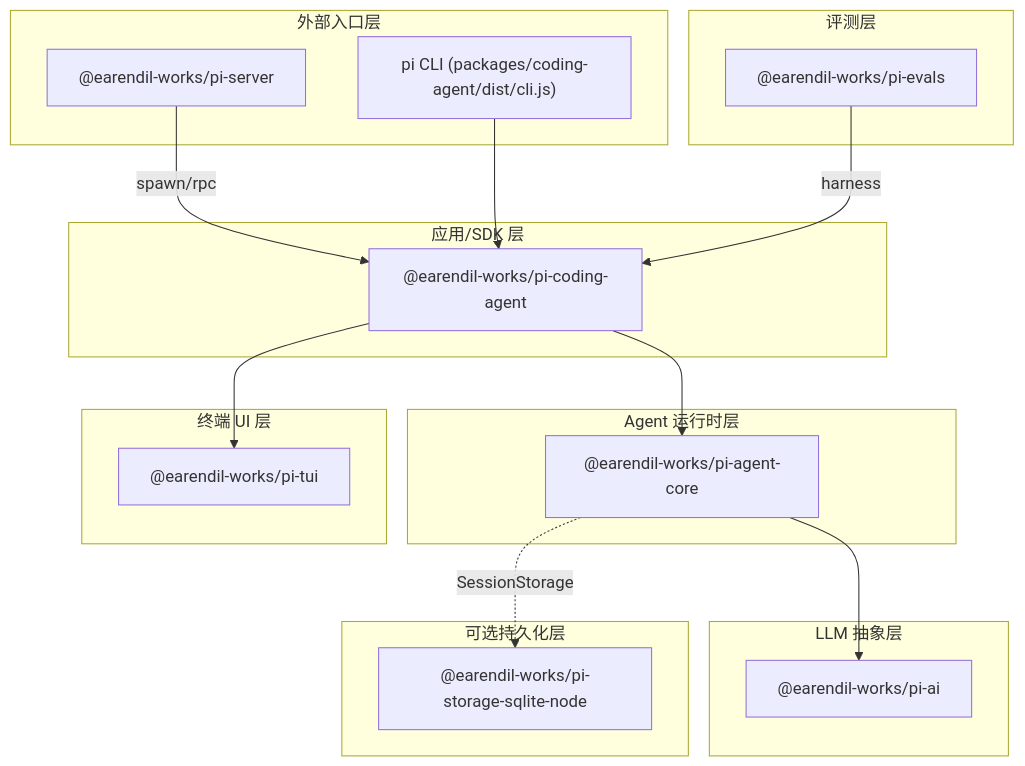
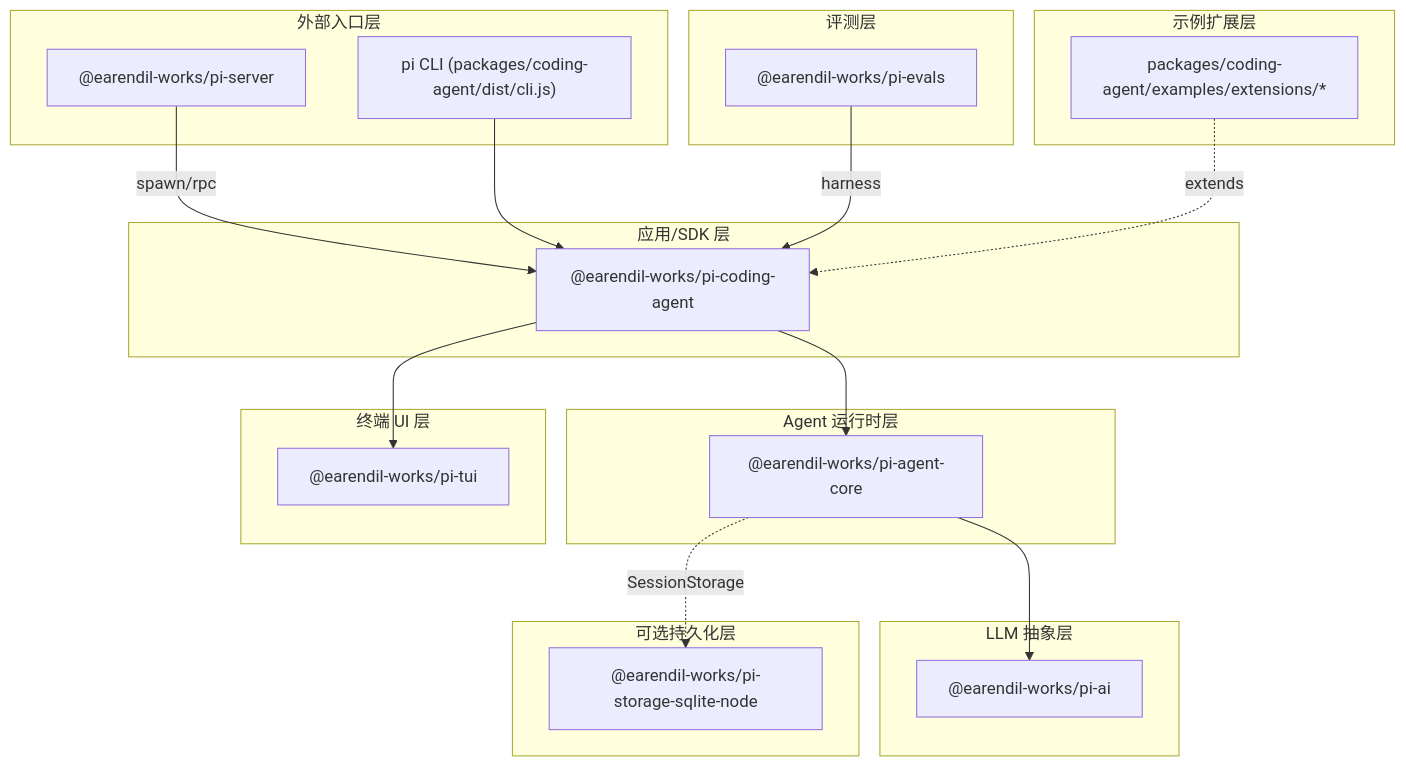
The second of 7 diagrams in docs/architecture.md (jefby/pi), drawn with Mermaid before and after one commit. The commit also changed other lines of this file, not shown here.

Commit message:
docs: update architecture.md to reflect current codebase

````diff
--- a/docs/architecture.md
+++ b/docs/architecture.md
@@ -76,39 +76,44 @@
 ```mermaid
 flowchart TB
     subgraph Layer7["外部入口层"]
         ServerPkg["@earendil-works/pi-server"]
         CodingAgentCli["pi CLI (packages/coding-agent/dist/cli.js)"]
     end
 
     subgraph Layer6["应用/SDK 层"]
         CodingAgent["@earendil-works/pi-coding-agent"]
     end
 
     subgraph Layer5["Agent 运行时层"]
         AgentCore["@earendil-works/pi-agent-core"]
     end
 
     subgraph Layer4["LLM 抽象层"]
         AI["@earendil-works/pi-ai"]
     end
 
     subgraph Layer3["终端 UI 层"]
         TUI["@earendil-works/pi-tui"]
     end
 
     subgraph Layer2["可选持久化层"]
         Storage["@earendil-works/pi-storage-sqlite-node"]
     end
 
     subgraph Layer1["评测层"]
         Evals["@earendil-works/pi-evals"]
     end
 
+    subgraph Layer0["示例扩展层"]
+        Examples["packages/coding-agent/examples/extensions/*"]
+    end
+
     ServerPkg -->|spawn/rpc| CodingAgent
     CodingAgentCli --> CodingAgent
     CodingAgent --> AgentCore
     CodingAgent --> TUI
     AgentCore --> AI
     AgentCore -.->|SessionStorage| Storage
     Evals -->|harness| CodingAgent
+    Examples -.->|extends| CodingAgent
 ```
````
